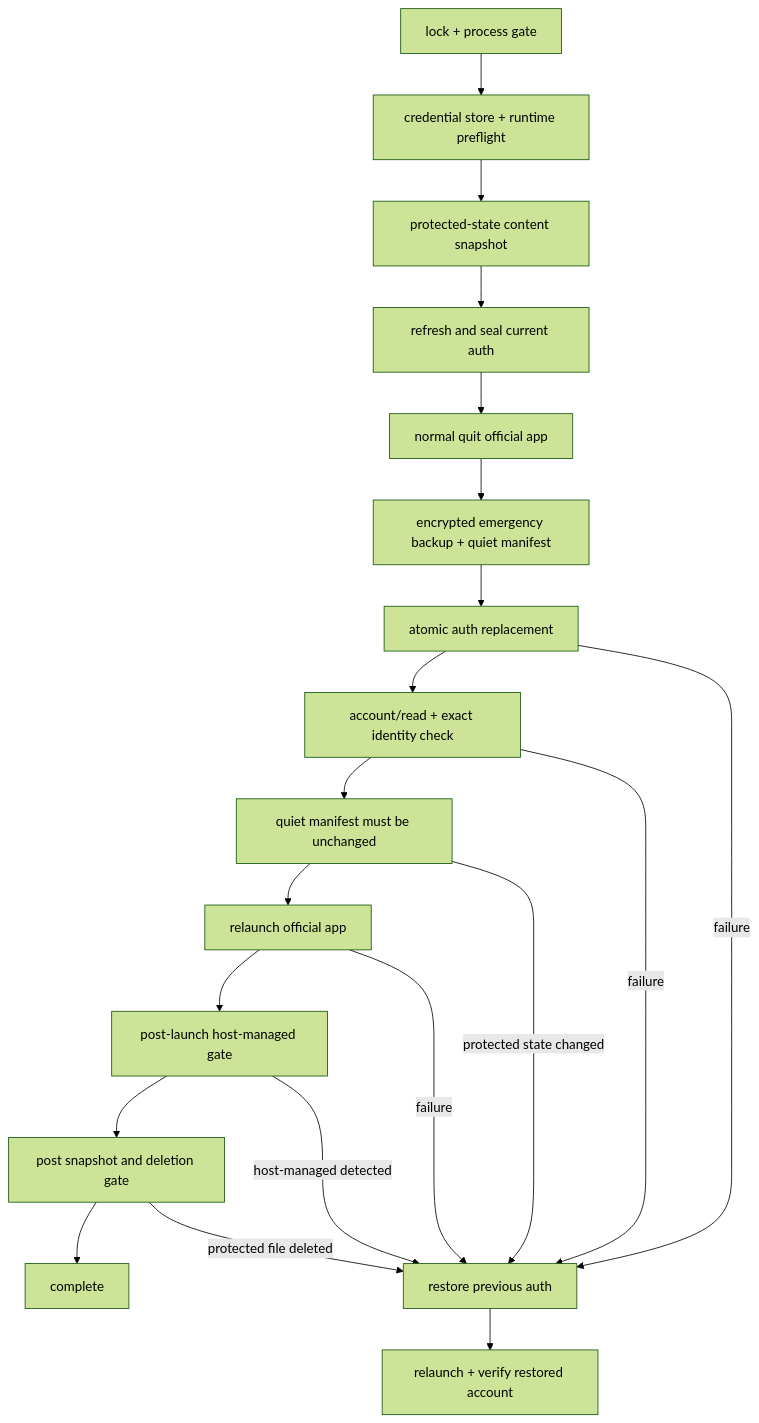
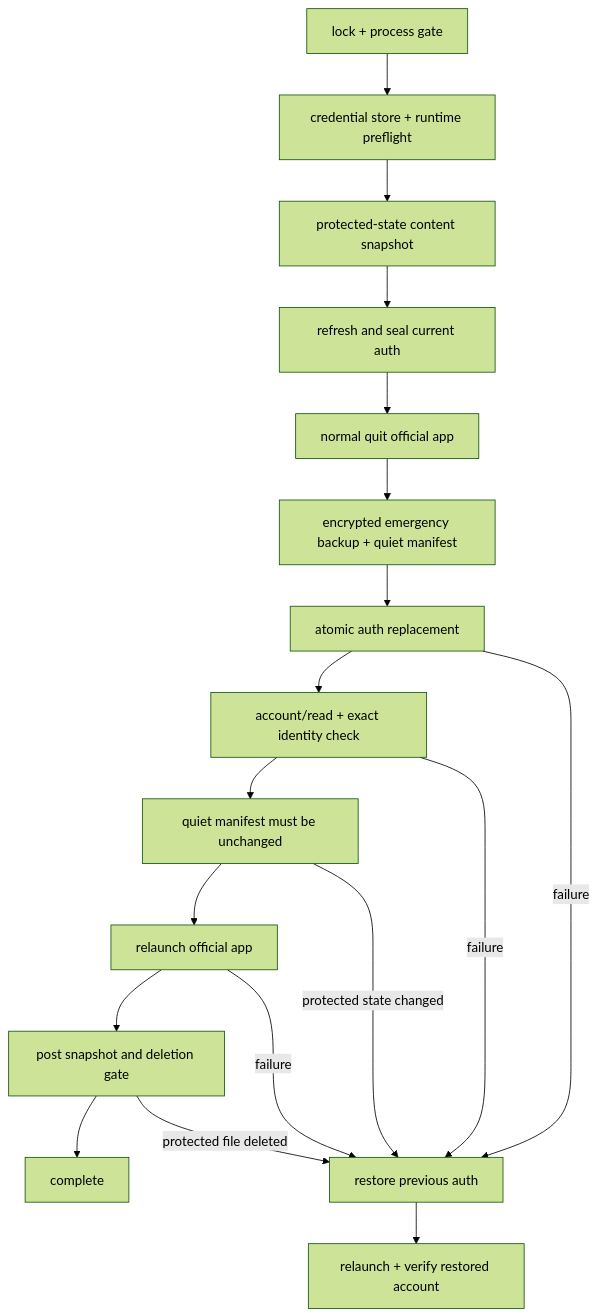
One commit to wowhit11-source/codex-account-switcher changed the second of 2 diagrams in docs/ARCHITECTURE.md. Above: the diagram before and after it, drawn with Mermaid (forest theme). The commit also changed other lines of this file and 8 other files, not shown here.

Commit message:
Allow host-managed compatibility switching

````diff
--- a/docs/ARCHITECTURE.md
+++ b/docs/ARCHITECTURE.md
@@ -49,22 +49,20 @@
 ```mermaid
 flowchart TD
     A["lock + process gate"] --> P["credential store + runtime preflight"]
     P --> B["protected-state content snapshot"]
     B --> C["refresh and seal current auth"]
     C --> D["normal quit official app"]
     D --> E["encrypted emergency backup + quiet manifest"]
     E --> F["atomic auth replacement"]
     F --> G["account/read + exact identity check"]
     G --> Q["quiet manifest must be unchanged"]
     Q --> H["relaunch official app"]
-    H --> M["post-launch host-managed gate"]
-    M --> I["post snapshot and deletion gate"]
+    H --> I["post snapshot and deletion gate"]
     I --> J["complete"]
     F -->|failure| R["restore previous auth"]
     G -->|failure| R
     Q -->|protected state changed| R
     H -->|failure| R
-    M -->|host-managed detected| R
     I -->|protected file deleted| R
     R --> V["relaunch + verify restored account"]
 ```
````
